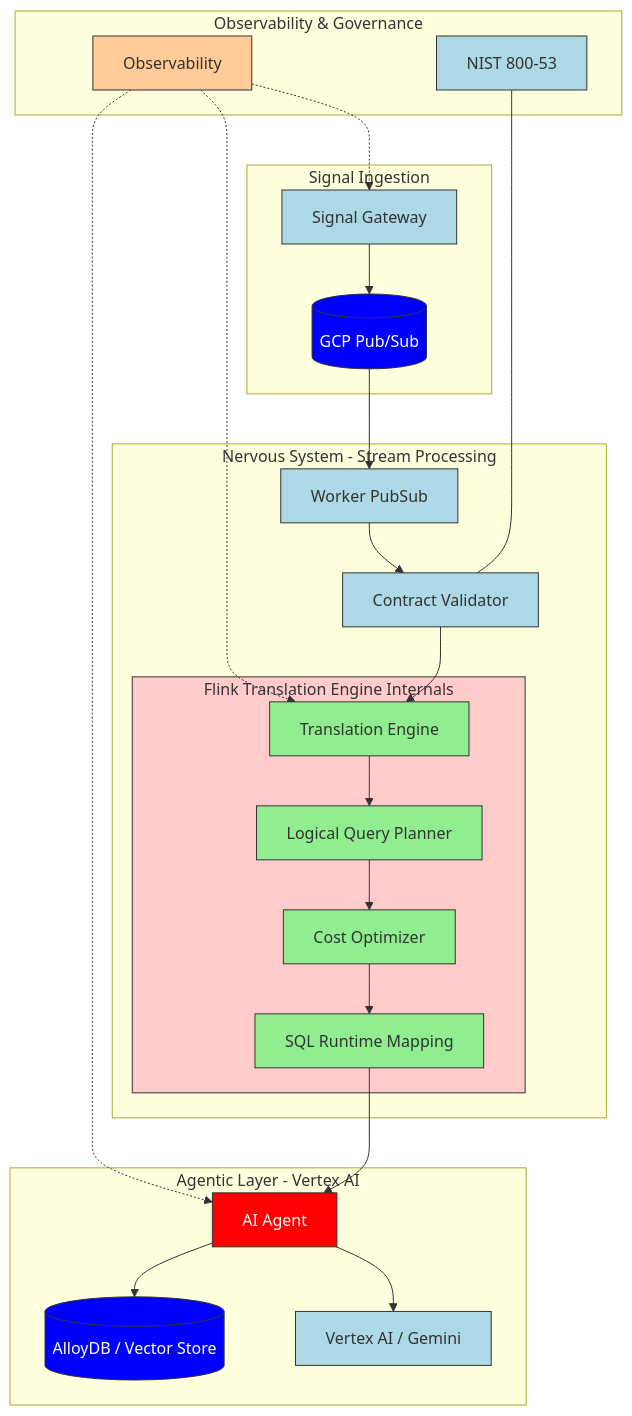
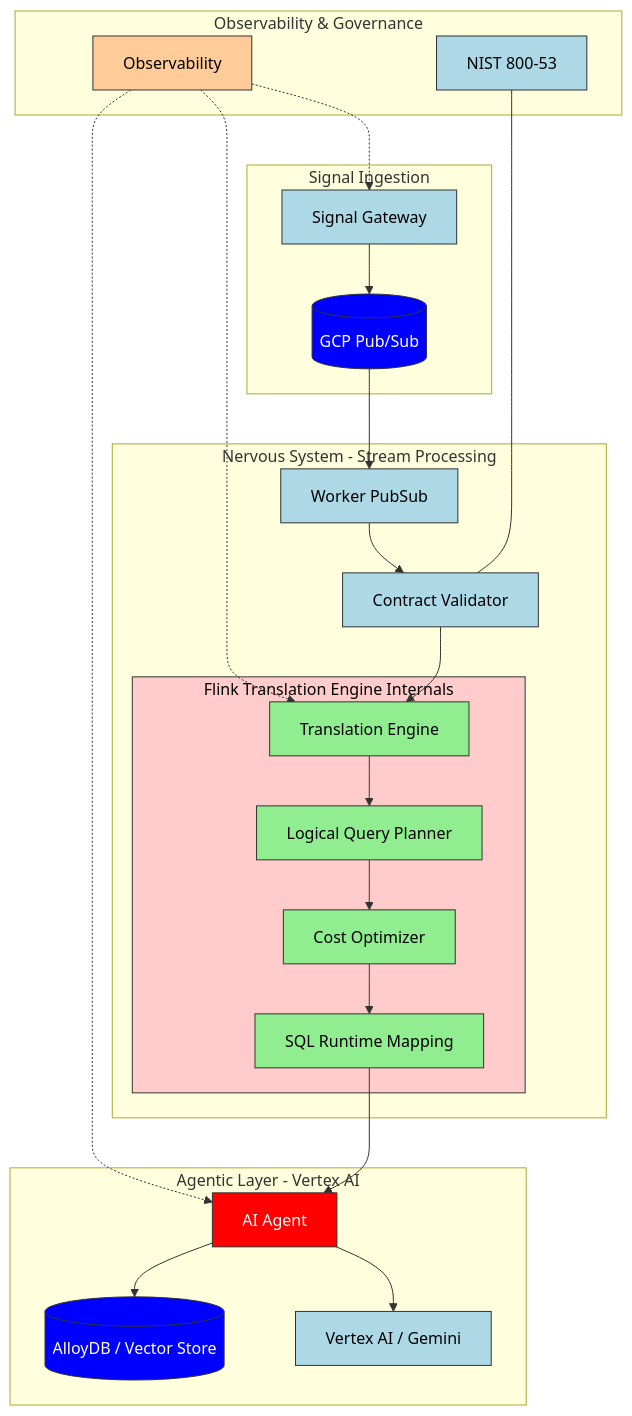
The diagram in README.md (siralfbaez/mia-agentic-data-nervous-system-kfg-v3), drawn with Mermaid before and after one commit.

Commit message:
Quick architectural correction

````diff
--- a/README.md
+++ b/README.md
@@ -11,54 +11,54 @@
 ```mermaid
 graph TD
     subgraph SI [Signal Ingestion]
         SG[Signal Gateway] --> PS[(GCP Pub/Sub)]
     end
 
     subgraph NS [Nervous System - Stream Processing]
         PS --> WP[Worker PubSub]
         WP --> CV[Contract Validator]
         CV --> TE[Translation Engine]
         
         subgraph FTI [Flink Translation Engine Internals]
             TE --> Planner[Logical Query Planner]
             Planner --> Optimizer[Cost Optimizer]
             Optimizer --> Runtime[SQL Runtime Mapping]
         end
     end
 
     subgraph AL [Agentic Layer - Vertex AI]
         Runtime --> AA[AI Agent]
         AA --> VAI[Vertex AI / Gemini]
         AA --> ADB[(AlloyDB / Vector Store)]
     end
 
     subgraph OG [Observability & Governance]
         Obs[Observability] -.-> SG
         Obs -.-> TE
         Obs -.-> AA
         Compliance[NIST 800-53] --- CV
     end
 
-    %% Optimized Styling Block
-    style SG fill:#add8e6,stroke:#333
-    style WP fill:#add8e6,stroke:#333
-    style CV fill:#add8e6,stroke:#333
-    style VAI fill:#add8e6,stroke:#333
-    style Compliance fill:#add8e6,stroke:#333
+    %% Styles with Black Font Force (color:#000)
+    style SG fill:#add8e6,stroke:#333,color:#000
+    style WP fill:#add8e6,stroke:#333,color:#000
+    style CV fill:#add8e6,stroke:#333,color:#000
+    style VAI fill:#add8e6,stroke:#333,color:#000
+    style Compliance fill:#add8e6,stroke:#333,color:#000
     
-    style Obs fill:#ffcc99,stroke:#333
+    style Obs fill:#ffcc99,stroke:#333,color:#000
     
-    style TE fill:#90ee90,stroke:#333
-    style Planner fill:#90ee90,stroke:#333
-    style Optimizer fill:#90ee90,stroke:#333
-    style Runtime fill:#90ee90,stroke:#333
+    style TE fill:#90ee90,stroke:#333,color:#000
+    style Planner fill:#90ee90,stroke:#333,color:#000
+    style Optimizer fill:#90ee90,stroke:#333,color:#000
+    style Runtime fill:#90ee90,stroke:#333,color:#000
     
+    %% Kept white font for high-contrast nodes
     style AA fill:#ff0000,stroke:#333,color:#fff
-    
     style PS fill:#0000ff,stroke:#333,color:#fff
     style ADB fill:#0000ff,stroke:#333,color:#fff
 
-    %% This was the line causing the error - now using ID 'FTI'
-    style FTI fill:#ffcccb,stroke:#333
+    %% Subgraph Styling
+    style FTI fill:#ffcccb,stroke:#333,color:#000
     
 ```
````
